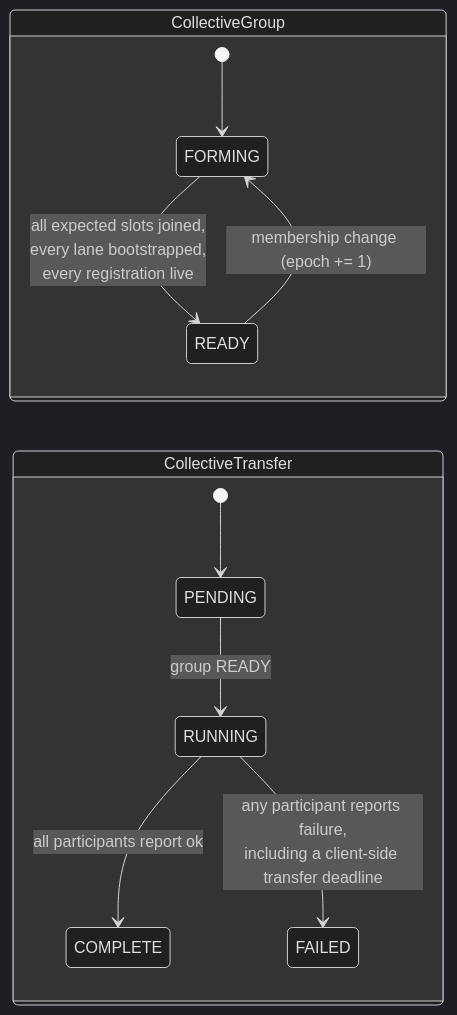
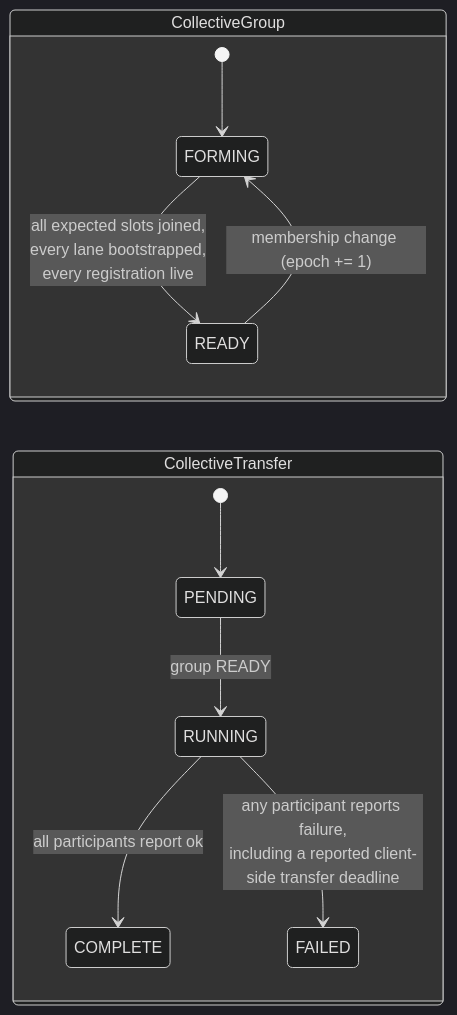
Before and after one commit to ai-dynamo/modelexpress: the second of 2 diagrams in docs/NCCL_M2N_REFIT.md, drawn with Mermaid (dark theme). The commit also changed other lines of this file and 9 other files, not shown here.

````diff
--- a/docs/NCCL_M2N_REFIT.md
+++ b/docs/NCCL_M2N_REFIT.md
@@ -232,15 +240,15 @@
 ```mermaid
 stateDiagram-v2
   direction LR
   state "CollectiveGroup" as G {
     [*] --> FORMING
     FORMING --> READY: all expected slots joined,<br/>every lane bootstrapped,<br/>every registration live
     READY --> FORMING: membership change (epoch += 1)
   }
   state "CollectiveTransfer" as T {
     [*] --> PENDING
     PENDING --> RUNNING: group READY
     RUNNING --> COMPLETE: all participants report ok
-    RUNNING --> FAILED: any participant reports failure,<br/>including a client-side transfer deadline
+    RUNNING --> FAILED: any participant reports failure,<br/>including a reported client-side transfer deadline
   }
 ```
````
